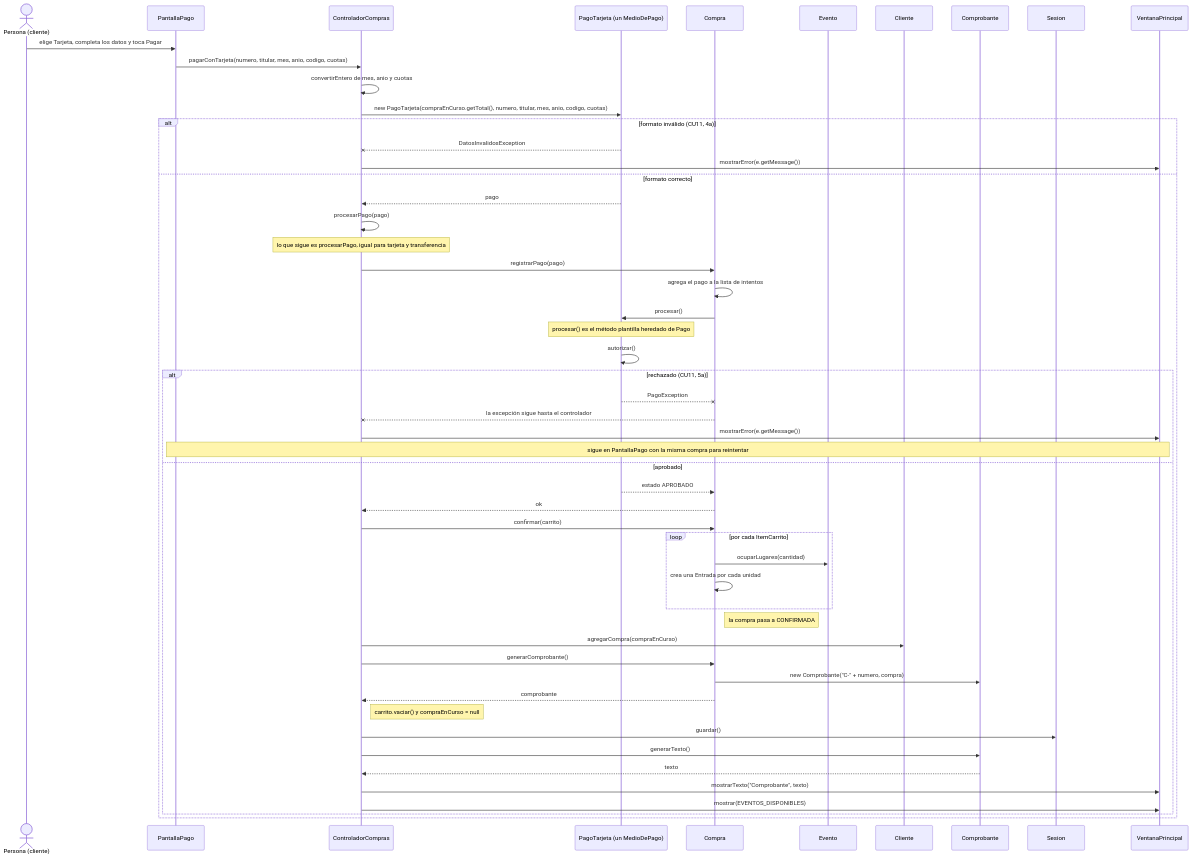
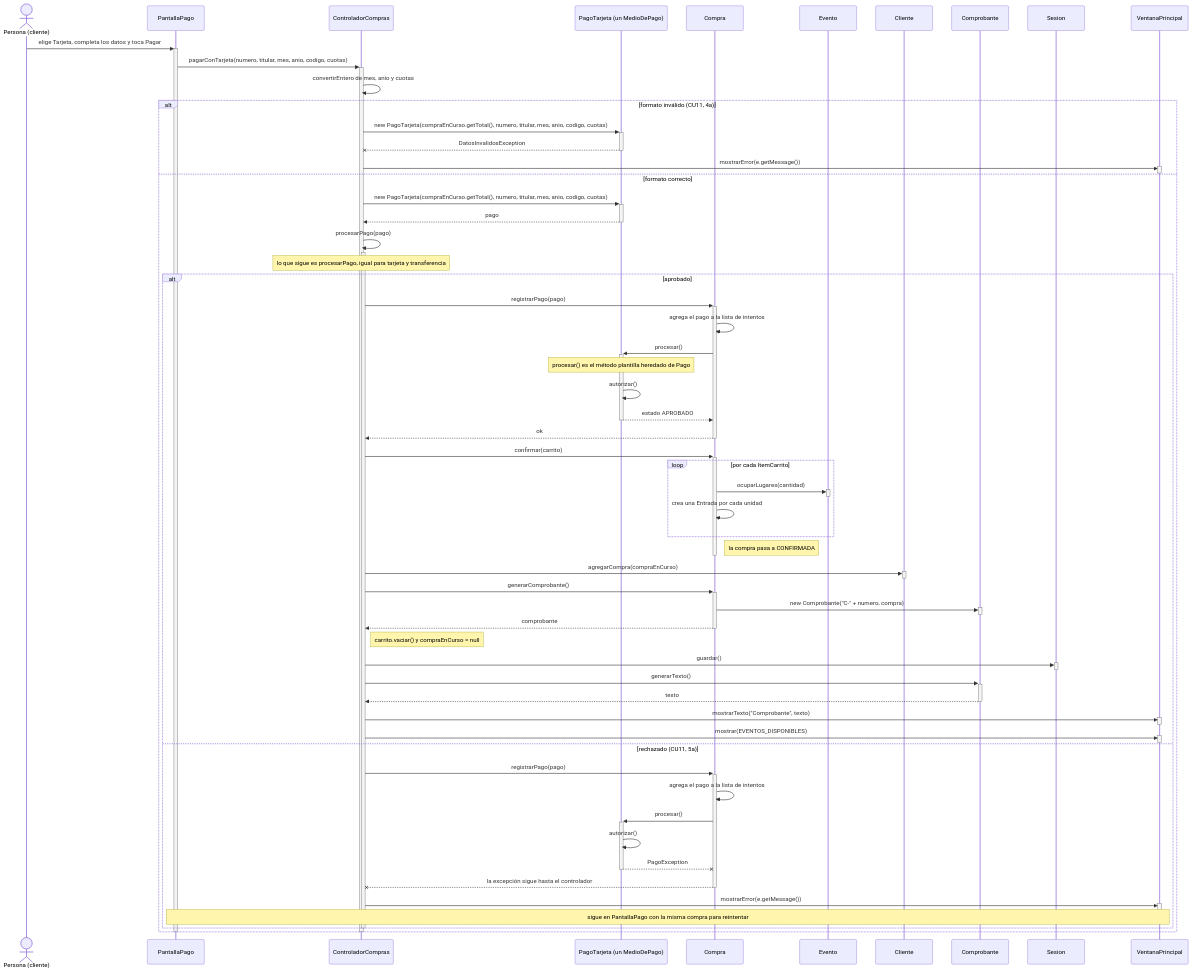
One commit to AgustinSimonenco/gestion-eventos-musicales changed the second of 3 diagrams in docs/diseno/secuencias/CU10-confirmar-compra.md. Above: the diagram before and after it, drawn with Mermaid. The commit also changed other lines of this file and 12 other files, not shown here.

First line of the commit message:
Agregar barras de activación a todos los diagramas de secuencia

````diff
--- a/docs/diseno/secuencias/CU10-confirmar-compra.md
+++ b/docs/diseno/secuencias/CU10-confirmar-compra.md
@@ -68,56 +72,73 @@
 ```mermaid
 sequenceDiagram
     actor U as Persona (cliente)
     participant P as PantallaPago
     participant C as ControladorCompras
     participant PT as PagoTarjeta (un MedioDePago)
     participant Co as Compra
     participant E as Evento
     participant Cl as Cliente
     participant Cb as Comprobante
     participant S as Sesion
     participant V as VentanaPrincipal
 
-    U->>P: elige Tarjeta, completa los datos y toca Pagar
-    P->>C: pagarConTarjeta(numero, titular, mes, anio, codigo, cuotas)
+    U->>+P: elige Tarjeta, completa los datos y toca Pagar
+    P->>+C: pagarConTarjeta(numero, titular, mes, anio, codigo, cuotas)
     C->>C: convertirEntero de mes, anio y cuotas
-    C->>PT: new PagoTarjeta(compraEnCurso.getTotal(), numero, titular, mes, anio, codigo, cuotas)
     alt formato inválido (CU11, 4a)
-        PT--xC: DatosInvalidosException
-        C->>V: mostrarError(e.getMessage())
+        C->>+PT: new PagoTarjeta(compraEnCurso.getTotal(), numero, titular, mes, anio, codigo, cuotas)
+        PT--x-C: DatosInvalidosException
+        C->>+V: mostrarError(e.getMessage())
+        deactivate V
     else formato correcto
-        PT-->>C: pago
-        C->>C: procesarPago(pago)
+        C->>+PT: new PagoTarjeta(compraEnCurso.getTotal(), numero, titular, mes, anio, codigo, cuotas)
+        PT-->>-C: pago
+        C->>+C: procesarPago(pago)
         Note over C: lo que sigue es procesarPago, igual para tarjeta y transferencia
-        C->>Co: registrarPago(pago)
-        Co->>Co: agrega el pago a la lista de intentos
-        Co->>PT: procesar()
-        Note over PT: procesar() es el método plantilla heredado de Pago
-        PT->>PT: autorizar()
-        alt rechazado (CU11, 5a)
-            PT--xCo: PagoException
-            Co--xC: la excepción sigue hasta el controlador
-            C->>V: mostrarError(e.getMessage())
-            Note over P,V: sigue en PantallaPago con la misma compra para reintentar
-        else aprobado
-            PT-->>Co: estado APROBADO
-            Co-->>C: ok
-            C->>Co: confirmar(carrito)
+        alt aprobado
+            C->>+Co: registrarPago(pago)
+            Co->>Co: agrega el pago a la lista de intentos
+            Co->>+PT: procesar()
+            Note over PT: procesar() es el método plantilla heredado de Pago
+            PT->>PT: autorizar()
+            PT-->>-Co: estado APROBADO
+            Co-->>-C: ok
+            C->>+Co: confirmar(carrito)
             loop por cada ItemCarrito
-                Co->>E: ocuparLugares(cantidad)
+                Co->>+E: ocuparLugares(cantidad)
+                deactivate E
                 Co->>Co: crea una Entrada por cada unidad
             end
             Note right of Co: la compra pasa a CONFIRMADA
-            C->>Cl: agregarCompra(compraEnCurso)
-            C->>Co: generarComprobante()
-            Co->>Cb: new Comprobante("C-" + numero, compra)
-            Co-->>C: comprobante
+            deactivate Co
+            C->>+Cl: agregarCompra(compraEnCurso)
+            deactivate Cl
+            C->>+Co: generarComprobante()
+            Co->>+Cb: new Comprobante("C-" + numero, compra)
+            deactivate Cb
+            Co-->>-C: comprobante
             Note right of C: carrito.vaciar() y compraEnCurso = null
-            C->>S: guardar()
-            C->>Cb: generarTexto()
-            Cb-->>C: texto
-            C->>V: mostrarTexto("Comprobante", texto)
-            C->>V: mostrar(EVENTOS_DISPONIBLES)
+            C->>+S: guardar()
+            deactivate S
+            C->>+Cb: generarTexto()
+            Cb-->>-C: texto
+            C->>+V: mostrarTexto("Comprobante", texto)
+            deactivate V
+            C->>+V: mostrar(EVENTOS_DISPONIBLES)
+            deactivate V
+        else rechazado (CU11, 5a)
+            C->>+Co: registrarPago(pago)
+            Co->>Co: agrega el pago a la lista de intentos
+            Co->>+PT: procesar()
+            PT->>PT: autorizar()
+            PT--x-Co: PagoException
+            Co--x-C: la excepción sigue hasta el controlador
+            C->>+V: mostrarError(e.getMessage())
+            deactivate V
+            Note over P,V: sigue en PantallaPago con la misma compra para reintentar
         end
+        deactivate C
     end
+    deactivate C
+    deactivate P
 ```
````
